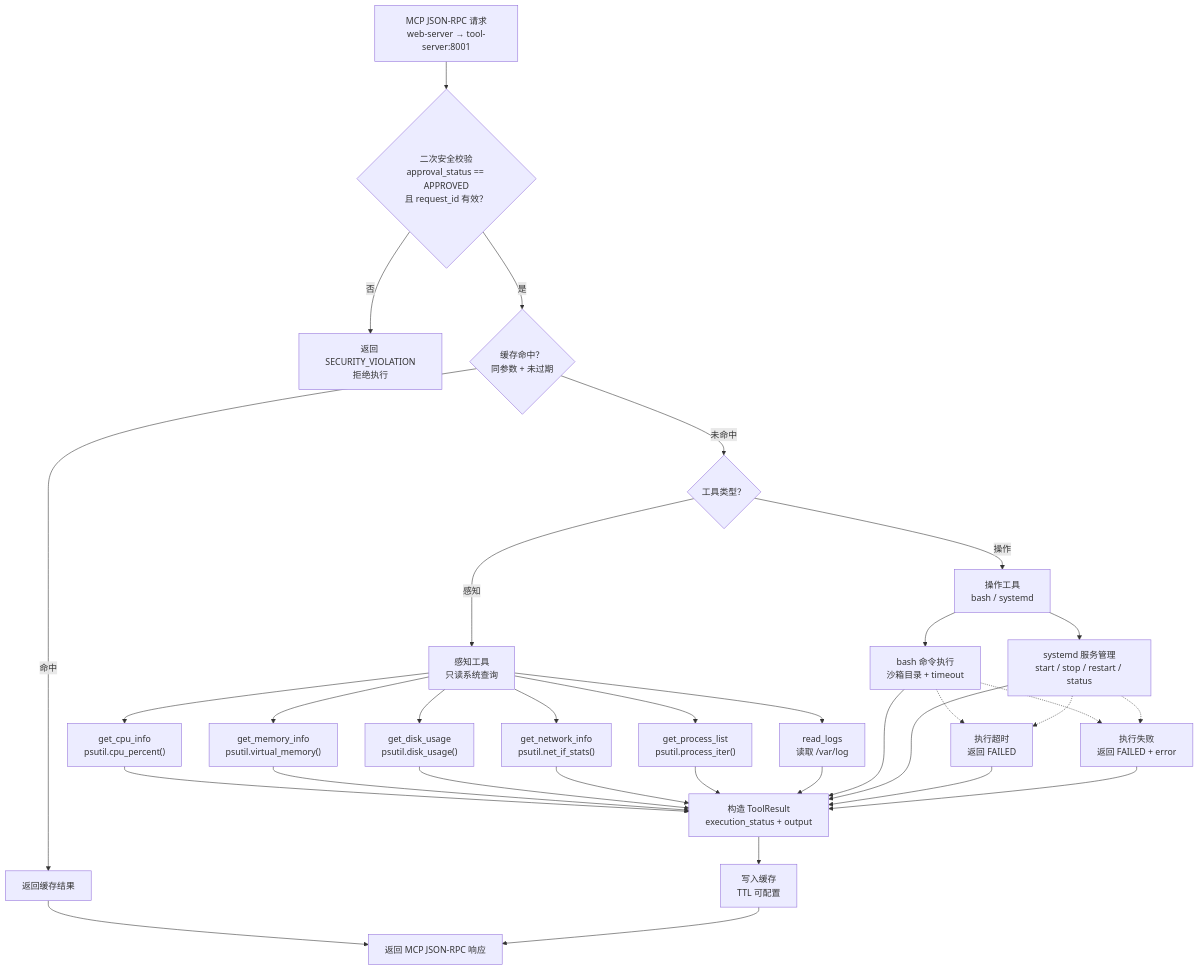
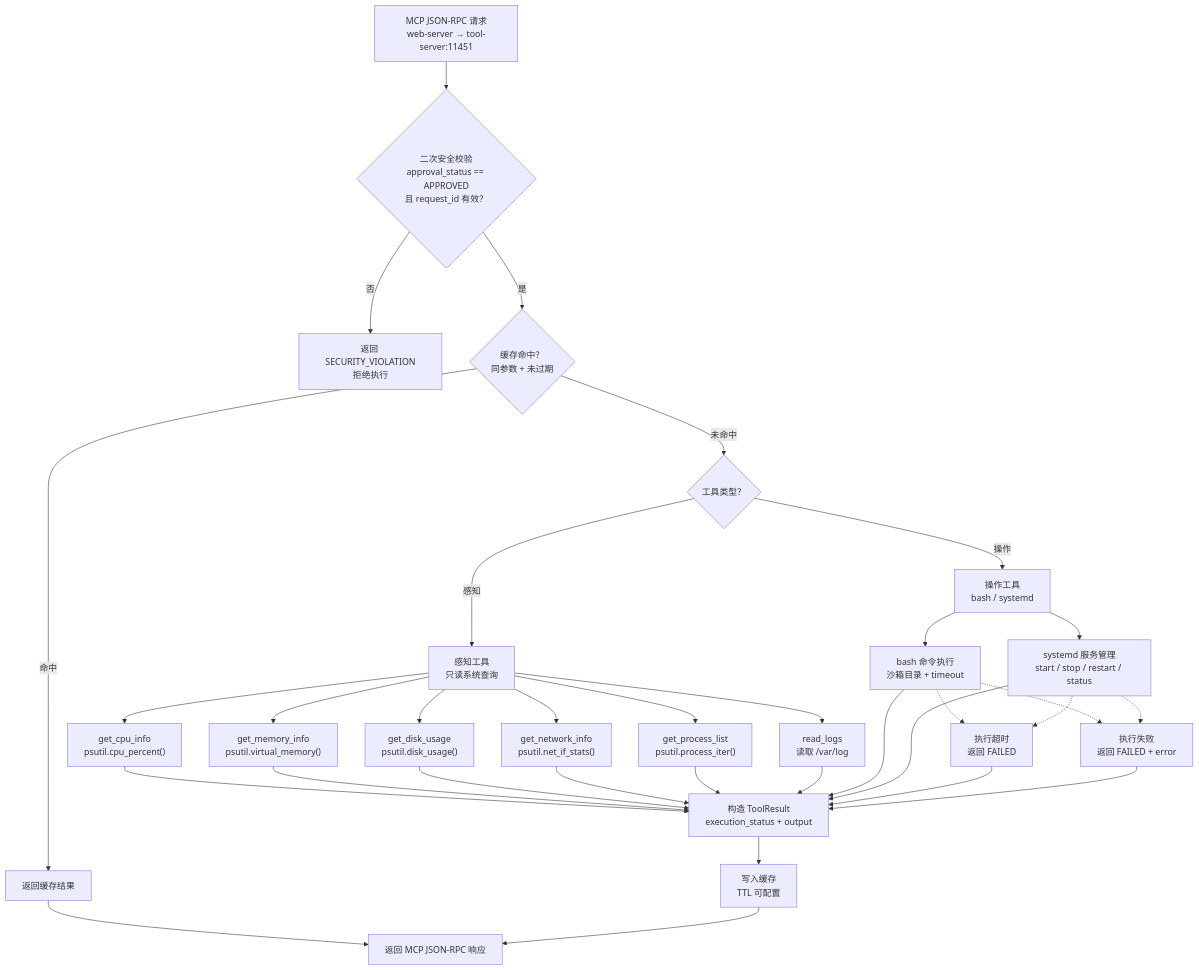
The first of 7 diagrams in tool-server/graph.md (nazzeDe/alascup-agent), drawn with Mermaid before and after one commit. The commit also changed 9 other files, not shown here.

```diff
--- a/tool-server/graph.md
+++ b/tool-server/graph.md
@@ -9,7 +9,7 @@
     %% ============================================================
 
     %% ── 入口 ──
-    mcp_entry["MCP JSON-RPC 请求<br/>web-server → tool-server:8001"]
+    mcp_entry["MCP JSON-RPC 请求<br/>web-server → tool-server:11451"]
 
     %% ── 安全校验 ──
     sec_approval{"二次安全校验<br/>approval_status == APPROVED<br/>且 request_id 有效？"}
```
